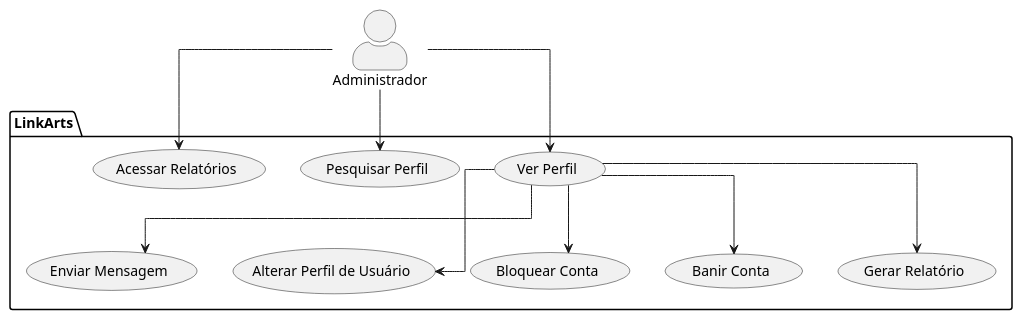
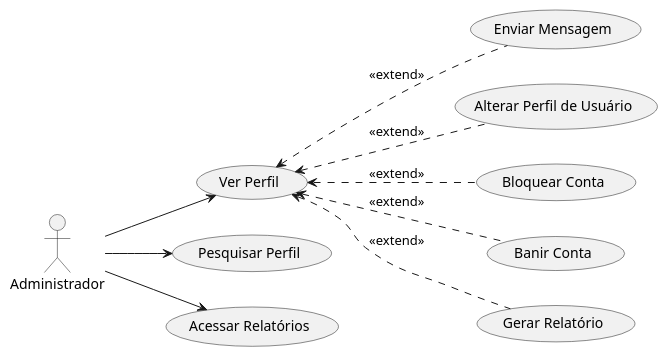
Before and after one commit to TheKrauser/Engenharia-Software-II: the diagram in Docs/Novos Casos de Uso/Admin.puml, drawn with PlantUML. The commit also changed 6 other files, not shown here.

First line of the commit message:
Diagramas de Caso de Uso

```diff
--- a/Docs/Novos Casos de Uso/Admin.puml
+++ b/Docs/Novos Casos de Uso/Admin.puml
@@ -1,27 +1,24 @@
-@startuml "use-cases"
-skinparam actorStyle awesome
-skinparam linetype ortho
+@startuml "Admin"
+left to right direction
 
 actor Administrador as ADM
 
-package LinkArts{
-    usecase "Ver Perfil" as verPerfil
-    usecase "Enviar Mensagem" as enviarMensagem
-    usecase "Pesquisar Perfil" as pesquisarPerfil
-    usecase "Alterar Perfil de Usuário" as alterarPerfilUser
-    usecase "Bloquear Conta" as bloquearConta
-    usecase "Banir Conta" as banirConta
-    usecase "Acessar Relatórios" as acessarRelatorio
-    usecase "Gerar Relatório" as gerarRelatorio
-}
+usecase "Ver Perfil" as verPerfil
+usecase "Enviar Mensagem" as enviarMensagem
+usecase "Pesquisar Perfil" as pesquisarPerfil
+usecase "Alterar Perfil de Usuário" as alterarPerfilUser
+usecase "Bloquear Conta" as bloquearConta
+usecase "Banir Conta" as banirConta
+usecase "Acessar Relatórios" as acessarRelatorio
+usecase "Gerar Relatório" as gerarRelatorio
 
 ADM --> verPerfil
-verPerfil --> enviarMensagem
-verPerfil --> alterarPerfilUser
-verPerfil --> banirConta
-verPerfil --> bloquearConta
+verPerfil <.. enviarMensagem : <<extend>>
+verPerfil <.. alterarPerfilUser : <<extend>>
+verPerfil <.. banirConta : <<extend>>
+verPerfil <.. bloquearConta : <<extend>>
 ADM --> pesquisarPerfil
 ADM --> acessarRelatorio
-verPerfil --> gerarRelatorio
+verPerfil <.. gerarRelatorio : <<extend>>
 
 @enduml
```
